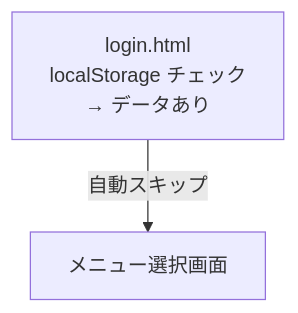
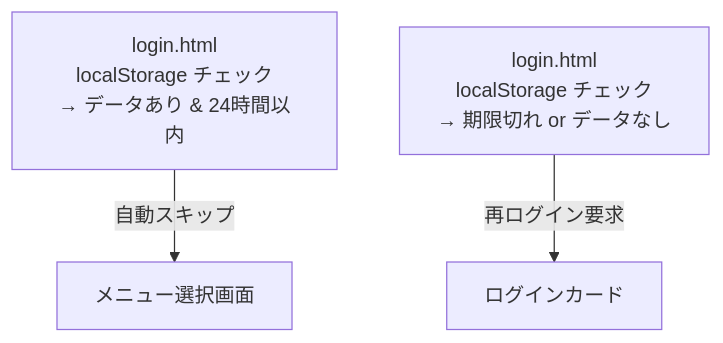
The fourth of 4 diagrams in docs/PR_作業まとめ_MYP-3442.md (USEN-PAY-Products/connect-wholesale-gas-poc), drawn with Mermaid before and after one commit. The commit also changed other lines of this file and 2 other files, not shown here.

````diff
--- a/docs/PR_作業まとめ_MYP-3442.md
+++ b/docs/PR_作業まとめ_MYP-3442.md
@@ -81,4 +94,5 @@
 ```mermaid
 flowchart TD
-  A["login.html<br/>localStorage チェック<br/>→ データあり"] -- 自動スキップ --> B["メニュー選択画面"]
+  A["login.html<br/>localStorage チェック<br/>→ データあり & 24時間以内"] -- 自動スキップ --> B["メニュー選択画面"]
+  C["login.html<br/>localStorage チェック<br/>→ 期限切れ or データなし"] -- 再ログイン要求 --> D["ログインカード"]
 ```
````
